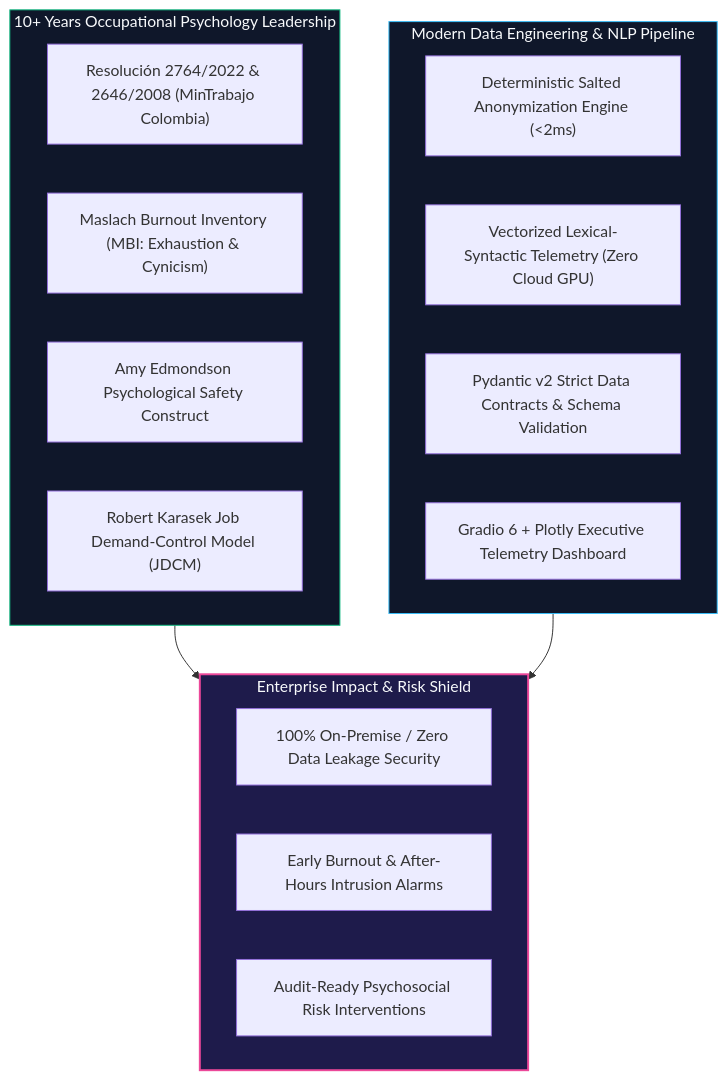
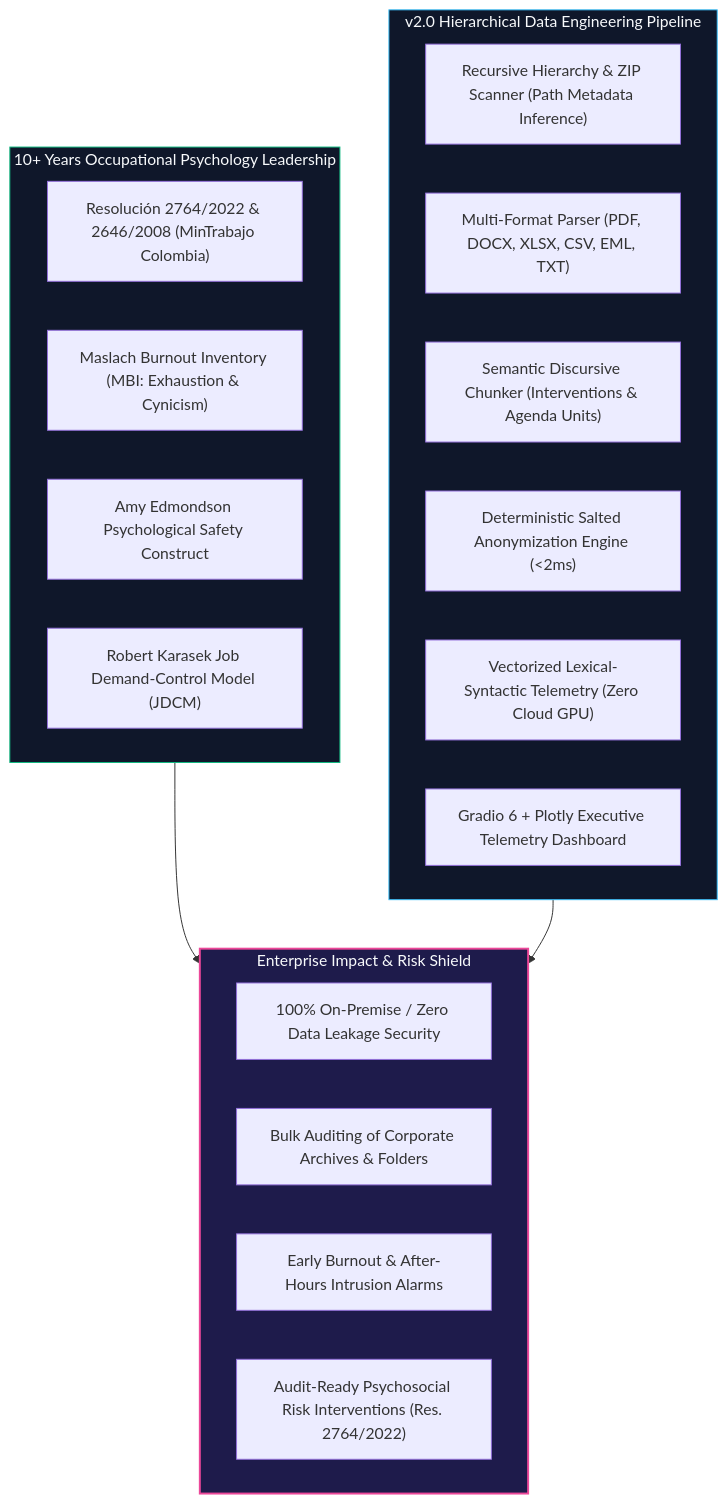
One commit to neurodeveloper11/workplace-pulse-telemetry changed the first of 2 diagrams in README.md. Above: the diagram before and after it, drawn with Mermaid. The commit also changed other lines of this file and 18 other files, not shown here.

Commit message:
feat(v2.0): implement local-first multi-format ingestion engine and discursive chunking

````diff
--- a/README.md
+++ b/README.md
@@ -24,29 +29,32 @@
 ```mermaid
 graph TD
     subgraph RegulatoryAndDomain ["10+ Years Occupational Psychology Leadership"]
         D1["Resolución 2764/2022 & 2646/2008 (MinTrabajo Colombia)"]
         D2["Maslach Burnout Inventory (MBI: Exhaustion & Cynicism)"]
         D3["Amy Edmondson Psychological Safety Construct"]
         D4["Robert Karasek Job Demand-Control Model (JDCM)"]
     end
 
-    subgraph DataEngineering ["Modern Data Engineering & NLP Pipeline"]
-        E1["Deterministic Salted Anonymization Engine (<2ms)"]
-        E2["Vectorized Lexical-Syntactic Telemetry (Zero Cloud GPU)"]
-        E3["Pydantic v2 Strict Data Contracts & Schema Validation"]
-        E4["Gradio 6 + Plotly Executive Telemetry Dashboard"]
+    subgraph DataEngineering ["v2.0 Hierarchical Data Engineering Pipeline"]
+        E1["Recursive Hierarchy & ZIP Scanner (Path Metadata Inference)"]
+        E2["Multi-Format Parser (PDF, DOCX, XLSX, CSV, EML, TXT)"]
+        E3["Semantic Discursive Chunker (Interventions & Agenda Units)"]
+        E4["Deterministic Salted Anonymization Engine (<2ms)"]
+        E5["Vectorized Lexical-Syntactic Telemetry (Zero Cloud GPU)"]
+        E6["Gradio 6 + Plotly Executive Telemetry Dashboard"]
     end
 
     subgraph BusinessImpact ["Enterprise Impact & Risk Shield"]
         B1["100% On-Premise / Zero Data Leakage Security"]
-        B2["Early Burnout & After-Hours Intrusion Alarms"]
-        B3["Audit-Ready Psychosocial Risk Interventions"]
+        B2["Bulk Auditing of Corporate Archives & Folders"]
+        B3["Early Burnout & After-Hours Intrusion Alarms"]
+        B4["Audit-Ready Psychosocial Risk Interventions (Res. 2764/2022)"]
     end
 
     RegulatoryAndDomain --> BusinessImpact
     DataEngineering --> BusinessImpact
 
     style RegulatoryAndDomain fill:#0f172a,stroke:#10b981,stroke-width:1px,color:#f8fafc
     style DataEngineering fill:#0f172a,stroke:#38bdf8,stroke-width:1px,color:#f8fafc
     style BusinessImpact fill:#1e1b4b,stroke:#ec4899,stroke-width:2px,color:#f8fafc
 ```
````
